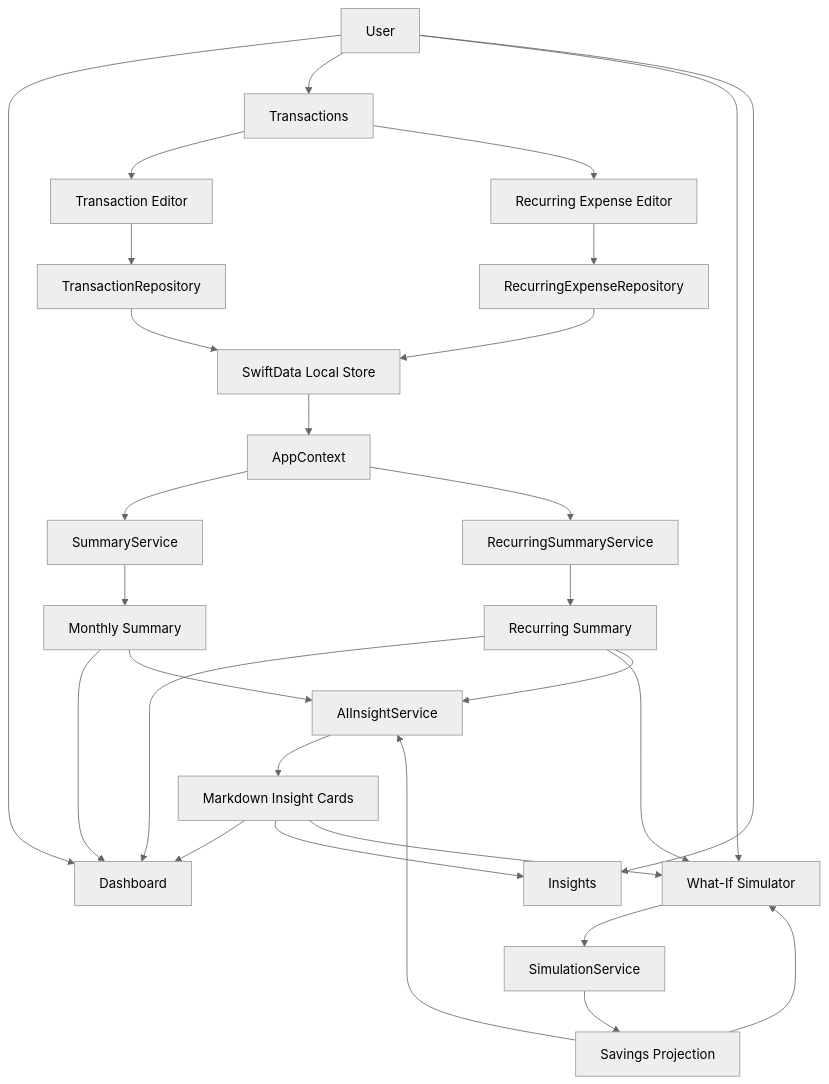
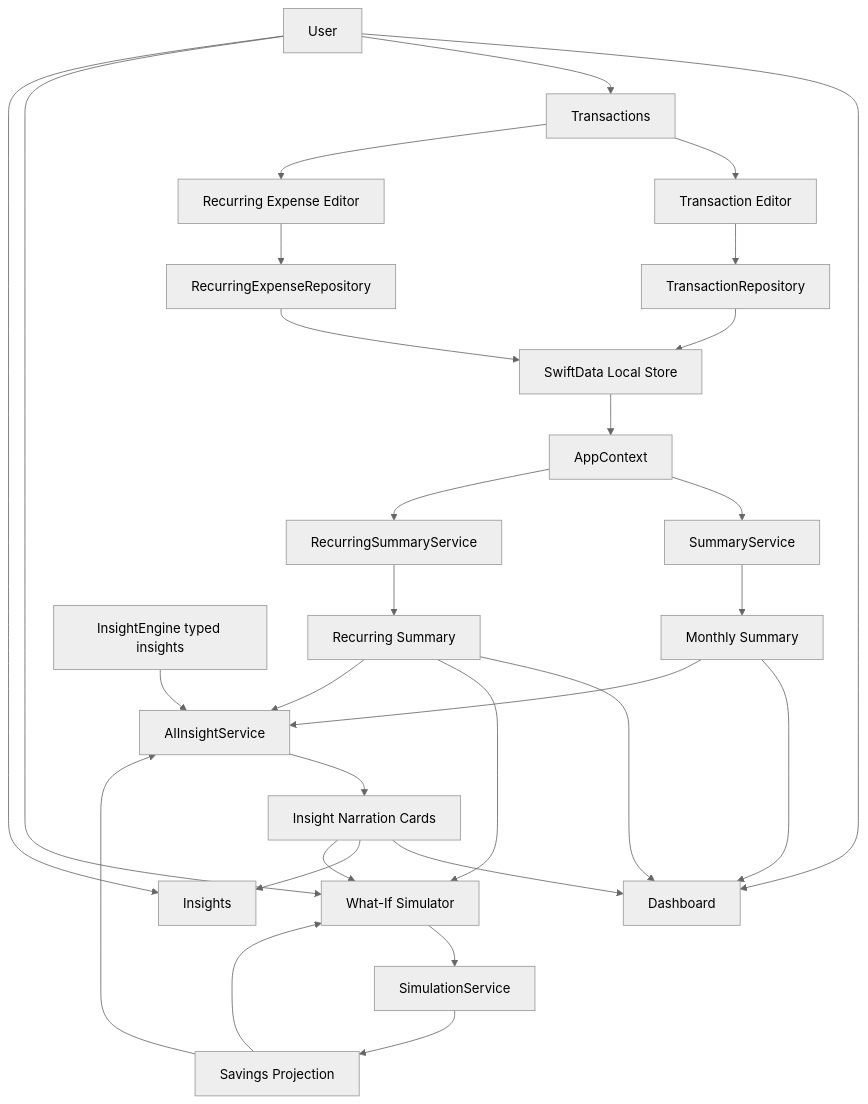
Before and after one commit to itsonlyfranz/FinSight-Ai-iOS: the diagram in README.md, drawn with Mermaid (neutral theme). The commit also changed other lines of this file, not shown here.

````diff
--- a/README.md
+++ b/README.md
@@ -112,37 +115,38 @@
 ```mermaid
 flowchart TD
     User["User"] --> Dashboard["Dashboard"]
     User --> Transactions["Transactions"]
     User --> Simulator["What-If Simulator"]
     User --> Insights["Insights"]
 
     Transactions --> TransactionEditor["Transaction Editor"]
     Transactions --> RecurringEditor["Recurring Expense Editor"]
     TransactionEditor --> TransactionRepository["TransactionRepository"]
     RecurringEditor --> RecurringExpenseRepository["RecurringExpenseRepository"]
 
     TransactionRepository --> SwiftData["SwiftData Local Store"]
     RecurringExpenseRepository --> SwiftData
     SwiftData --> AppContext["AppContext"]
 
     AppContext --> SummaryService["SummaryService"]
     AppContext --> RecurringSummaryService["RecurringSummaryService"]
     SummaryService --> MonthlySummary["Monthly Summary"]
     RecurringSummaryService --> RecurringSummary["Recurring Summary"]
 
     MonthlySummary --> Dashboard
     RecurringSummary --> Dashboard
     RecurringSummary --> Simulator
 
     Simulator --> SimulationService["SimulationService"]
     SimulationService --> Projection["Savings Projection"]
     Projection --> Simulator
 
     MonthlySummary --> AIInsightService["AIInsightService"]
+    InsightEngine["InsightEngine typed insights"] --> AIInsightService
     RecurringSummary --> AIInsightService
     Projection --> AIInsightService
-    AIInsightService --> InsightCards["Markdown Insight Cards"]
+    AIInsightService --> InsightCards["Insight Narration Cards"]
     InsightCards --> Dashboard
     InsightCards --> Insights
     InsightCards --> Simulator
 ```
````
